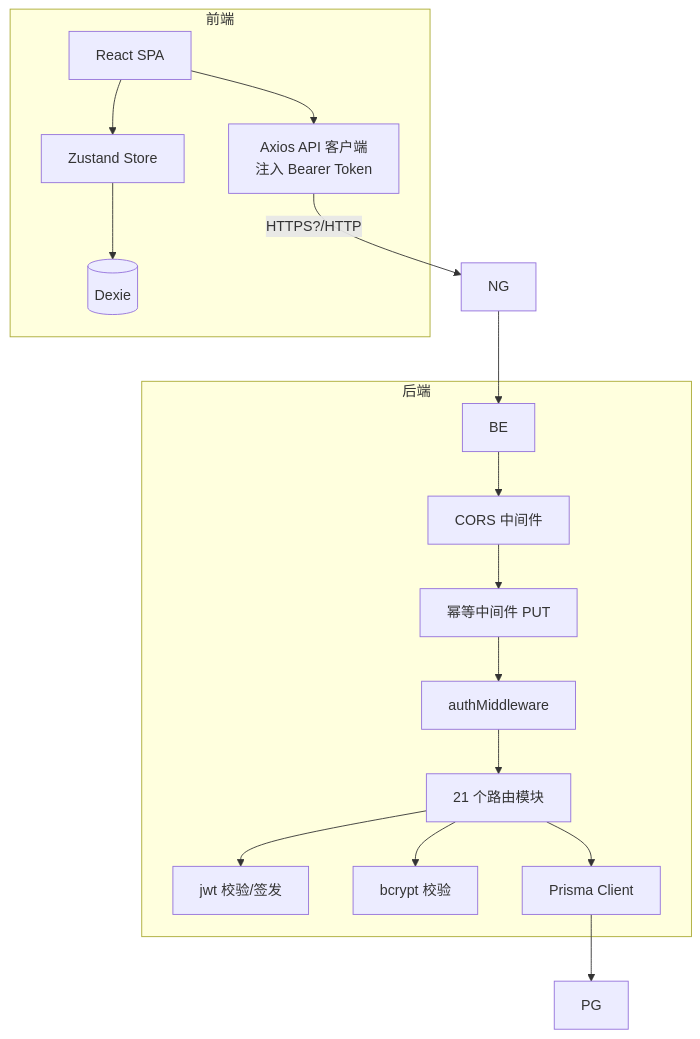
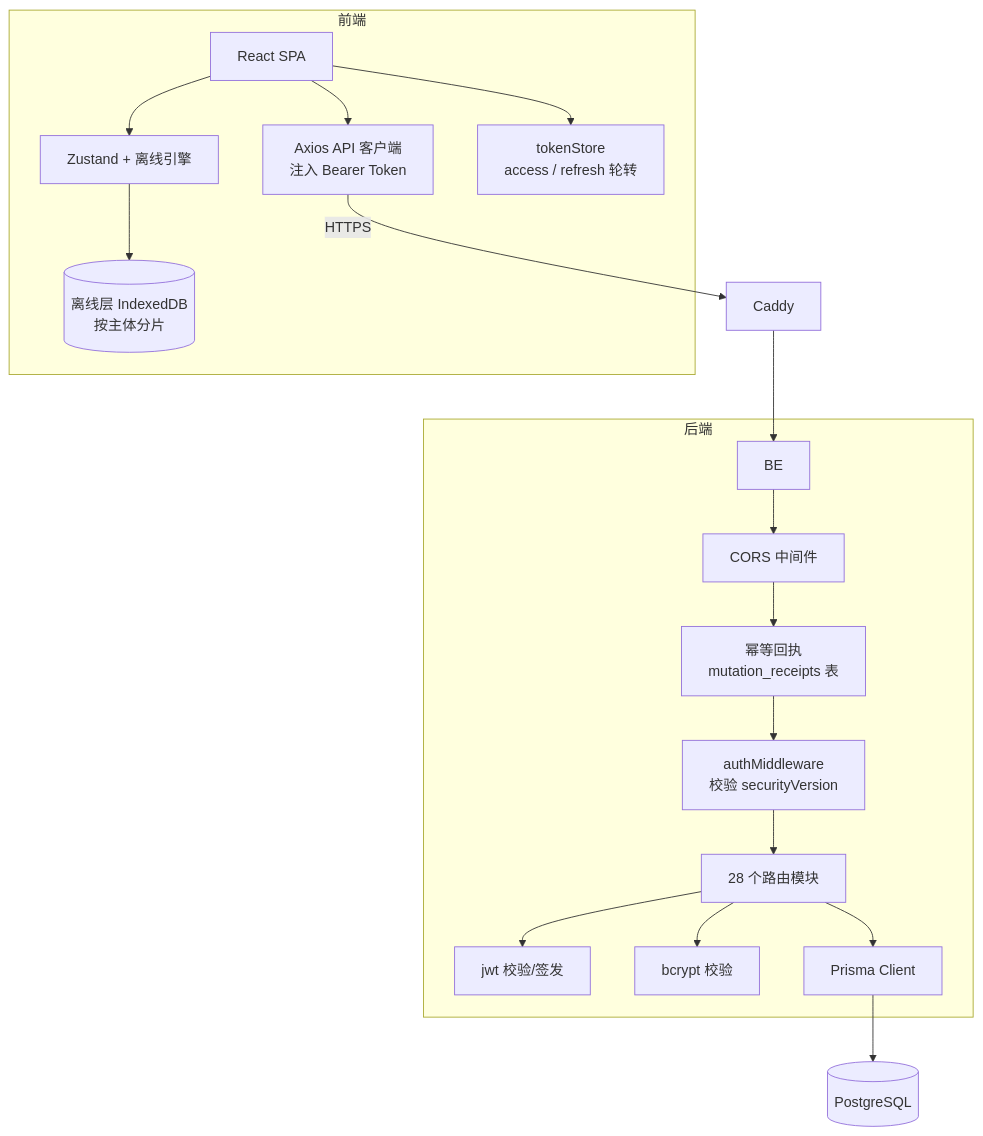
One commit to ArthurUker/project-management changed the second of 3 diagrams in README.md. Above: the diagram before and after it, drawn with Mermaid. The commit also changed other lines of this file, not shown here.

````diff
--- a/README.md
+++ b/README.md
@@ -129,20 +135,21 @@
 ```mermaid
 flowchart TB
   subgraph 前端
-    SPA[React SPA] --> STORE[Zustand Store]
-    STORE --> DEXIE[(Dexie)]
+    SPA[React SPA] --> STORE[Zustand + 离线引擎]
+    STORE --> OFF[(离线层 IndexedDB<br/>按主体分片)]
     SPA --> AXIOS[Axios API 客户端<br/>注入 Bearer Token]
+    SPA --> SESS[tokenStore<br/>access / refresh 轮转]
   end
-  AXIOS -->|HTTPS?/HTTP| NG
-  NG --> BE
+  AXIOS -->|HTTPS| CD[Caddy]
+  CD --> BE
   subgraph 后端
     BE --> CORS[CORS 中间件]
-    CORS --> IDEMP[幂等中间件 PUT]
-    IDEMP --> AUTH[authMiddleware]
-    AUTH --> ROUTES[21 个路由模块]
+    CORS --> IDEMP[幂等回执<br/>mutation_receipts 表]
+    IDEMP --> AUTH[authMiddleware<br/>校验 securityVersion]
+    AUTH --> ROUTES[28 个路由模块]
     ROUTES --> JWT[jwt 校验/签发]
     ROUTES --> BC[bcrypt 校验]
     ROUTES --> PRISMA[Prisma Client]
   end
-  PRISMA --> PG
+  PRISMA --> PG[(PostgreSQL)]
 ```
````
